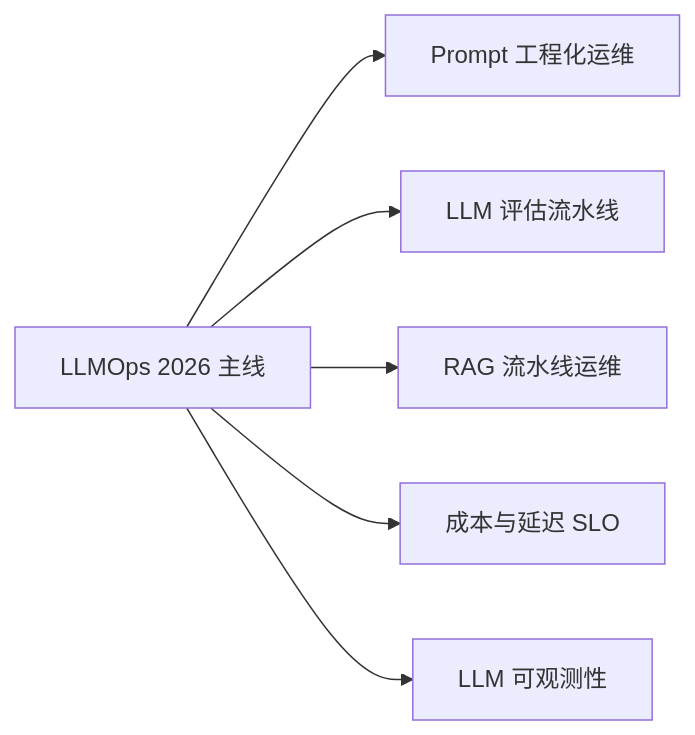
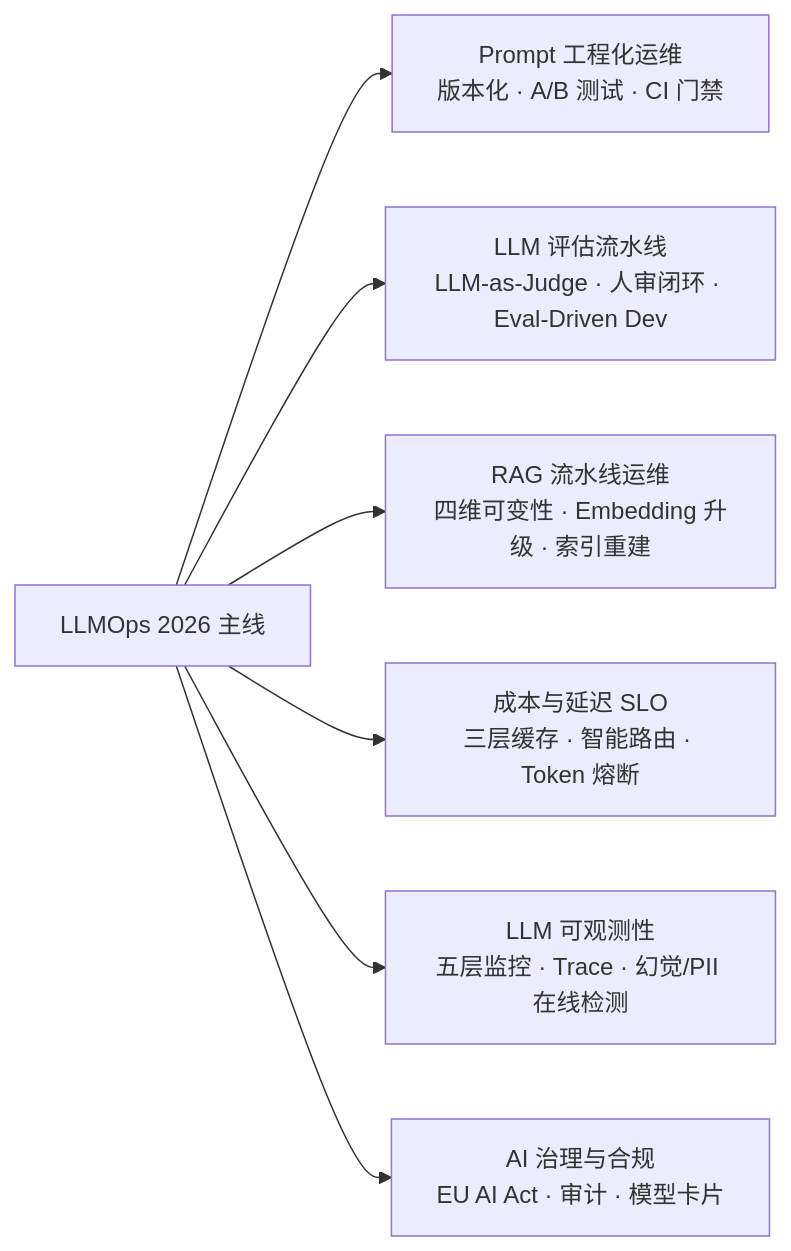
Before and after one commit to CloudManHQ/CloudMaster: the second of 2 diagrams in README.md, drawn with Mermaid. The commit also changed other lines of this file and 456 other files, not shown here.

````diff
--- a/README.md
+++ b/README.md
@@ -396,8 +387,9 @@
 ```mermaid
 graph LR
-    L[LLMOps 2026 主线] --> P[Prompt 工程化运维]
-    L --> E[LLM 评估流水线]
-    L --> R[RAG 流水线运维]
-    L --> C[成本与延迟 SLO]
-    L --> O[LLM 可观测性]
+    L[LLMOps 2026 主线] --> P[Prompt 工程化运维<br/>版本化 · A/B 测试 · CI 门禁]
+    L --> E[LLM 评估流水线<br/>LLM-as-Judge · 人审闭环 · Eval-Driven Dev]
+    L --> R[RAG 流水线运维<br/>四维可变性 · Embedding 升级 · 索引重建]
+    L --> C[成本与延迟 SLO<br/>三层缓存 · 智能路由 · Token 熔断]
+    L --> O[LLM 可观测性<br/>五层监控 · Trace · 幻觉/PII 在线检测]
+    L --> G[AI 治理与合规<br/>EU AI Act · 审计 · 模型卡片]
 ```
````
